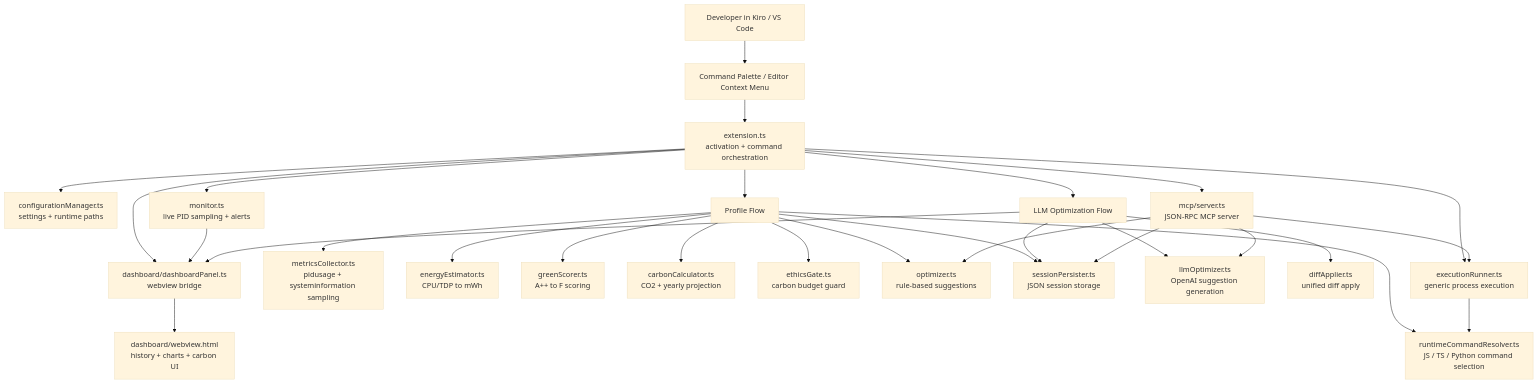
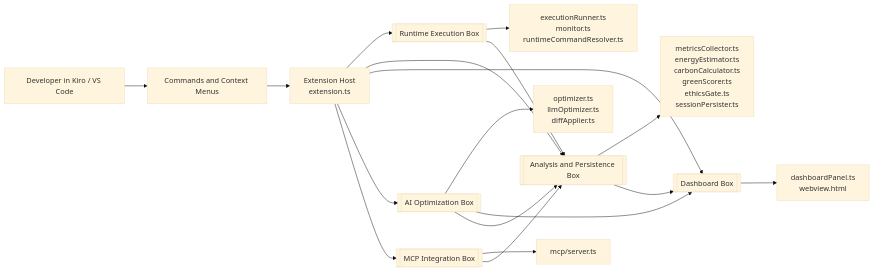
The diagram in kiro-code-profiler/README.md (sbenstewart/kiro-spark-challenge), drawn with Mermaid (base theme) before and after one commit. The commit also changed 1 other file, not shown here.

Commit message:
docs: replace detailed architecture diagrams with simplified Mermaid flowcharts
- Replace top-level README architecture diagram with cleaner left-to-right flowchart
- Simplify kiro-code-profiler README diagram from top-down to left-to-right layout
- Group related modules into logical boxes (Runtime, Analysis, Dashboard, AI, MCP)
- Remove verbose flow descriptions in favor of cleaner visual hierarchy
- Add Architecture Notes section explaining each major component
- Improve readability and maintainability of architecture documentation

````diff
--- a/kiro-code-profiler/README.md
+++ b/kiro-code-profiler/README.md
@@ -113,37 +113,24 @@
 ```mermaid
-flowchart TD
-    User[Developer in Kiro / VS Code] --> Commands[Command Palette / Editor Context Menu]
-    Commands --> Extension[extension.ts<br/>activation + command orchestration]
+flowchart LR
+    User[Developer in Kiro / VS Code]
+    User --> Commands[Commands and Context Menus]
+    Commands --> Extension[Extension Host<br/>extension.ts]
 
-    Extension --> Config[configurationManager.ts<br/>settings + runtime paths]
-    Extension --> Dashboard[dashboard/dashboardPanel.ts<br/>webview bridge]
-    Dashboard --> Webview[dashboard/webview.html<br/>history + charts + carbon UI]
+    Extension --> RuntimeBox[[Runtime Execution Box]]
+    Extension --> AnalysisBox[[Analysis and Persistence Box]]
+    Extension --> DashboardBox[[Dashboard Box]]
+    Extension --> AIBox[[AI Optimization Box]]
+    Extension --> MCPBox[[MCP Integration Box]]
 
-    Extension --> ProfileFlow[Profile Flow]
-    ProfileFlow --> RuntimeResolver[runtimeCommandResolver.ts<br/>JS / TS / Python command selection]
-    ProfileFlow --> Metrics[metricsCollector.ts<br/>pidusage + systeminformation sampling]
-    ProfileFlow --> Energy[energyEstimator.ts<br/>CPU/TDP to mWh]
-    ProfileFlow --> Green[greenScorer.ts<br/>A++ to F scoring]
-    ProfileFlow --> Carbon[carbonCalculator.ts<br/>CO2 + yearly projection]
-    ProfileFlow --> Ethics[ethicsGate.ts<br/>carbon budget guard]
-    ProfileFlow --> RuleOpt[optimizer.ts<br/>rule-based suggestions]
-    ProfileFlow --> Sessions[sessionPersister.ts<br/>JSON session storage]
+    RuntimeBox --> RuntimeFiles[executionRunner.ts<br/>monitor.ts<br/>runtimeCommandResolver.ts]
+    AnalysisBox --> AnalysisFiles[metricsCollector.ts<br/>energyEstimator.ts<br/>carbonCalculator.ts<br/>greenScorer.ts<br/>ethicsGate.ts<br/>sessionPersister.ts]
+    DashboardBox --> DashboardFiles[dashboardPanel.ts<br/>webview.html]
+    AIBox --> AIFiles[optimizer.ts<br/>llmOptimizer.ts<br/>diffApplier.ts]
+    MCPBox --> MCPFiles[mcp/server.ts]
 
-    Extension --> Monitor[monitor.ts<br/>live PID sampling + alerts]
-    Monitor --> Dashboard
-
-    Extension --> LLMFlow[LLM Optimization Flow]
-    LLMFlow --> LlmOpt[llmOptimizer.ts<br/>OpenAI suggestion generation]
-    LLMFlow --> Diff[diffApplier.ts<br/>unified diff apply]
-    LLMFlow --> Sessions
-    LLMFlow --> Dashboard
-
-    Extension --> Runner[executionRunner.ts<br/>generic process execution]
-    Runner --> RuntimeResolver
-
-    Extension --> MCP[mcp/server.ts<br/>JSON-RPC MCP server]
-    MCP --> Sessions
-    MCP --> Runner
-    MCP --> RuleOpt
-    MCP --> LlmOpt
+    RuntimeBox --> AnalysisBox
+    AnalysisBox --> DashboardBox
+    AIBox --> DashboardBox
+    AIBox --> AnalysisBox
+    MCPBox --> AnalysisBox
 ```
````
